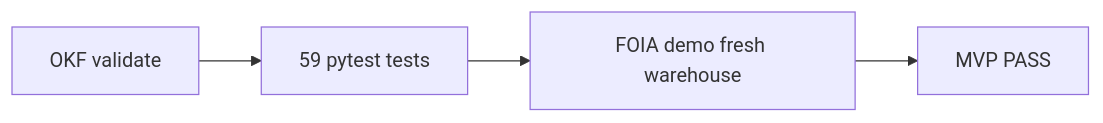
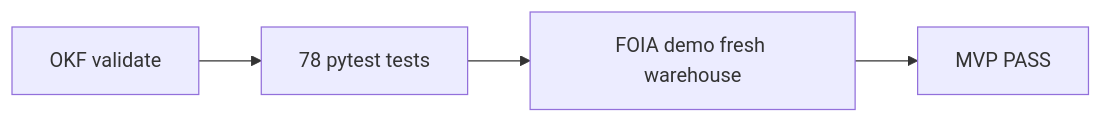
The second of 2 diagrams in docs/GETTING-STARTED.md (khaosans/operator-etl), drawn with Mermaid before and after one commit. The commit also changed 57 other files, not shown here.

````diff
--- a/docs/GETTING-STARTED.md
+++ b/docs/GETTING-STARTED.md
@@ -87,6 +87,6 @@
 ```mermaid
 flowchart LR
-  OKF[OKF validate] --> pytest[59 pytest tests]
+  OKF[OKF validate] --> pytest[78 pytest tests]
   pytest --> demo[FOIA demo fresh warehouse]
   demo --> pass[MVP PASS]
 ```
````
